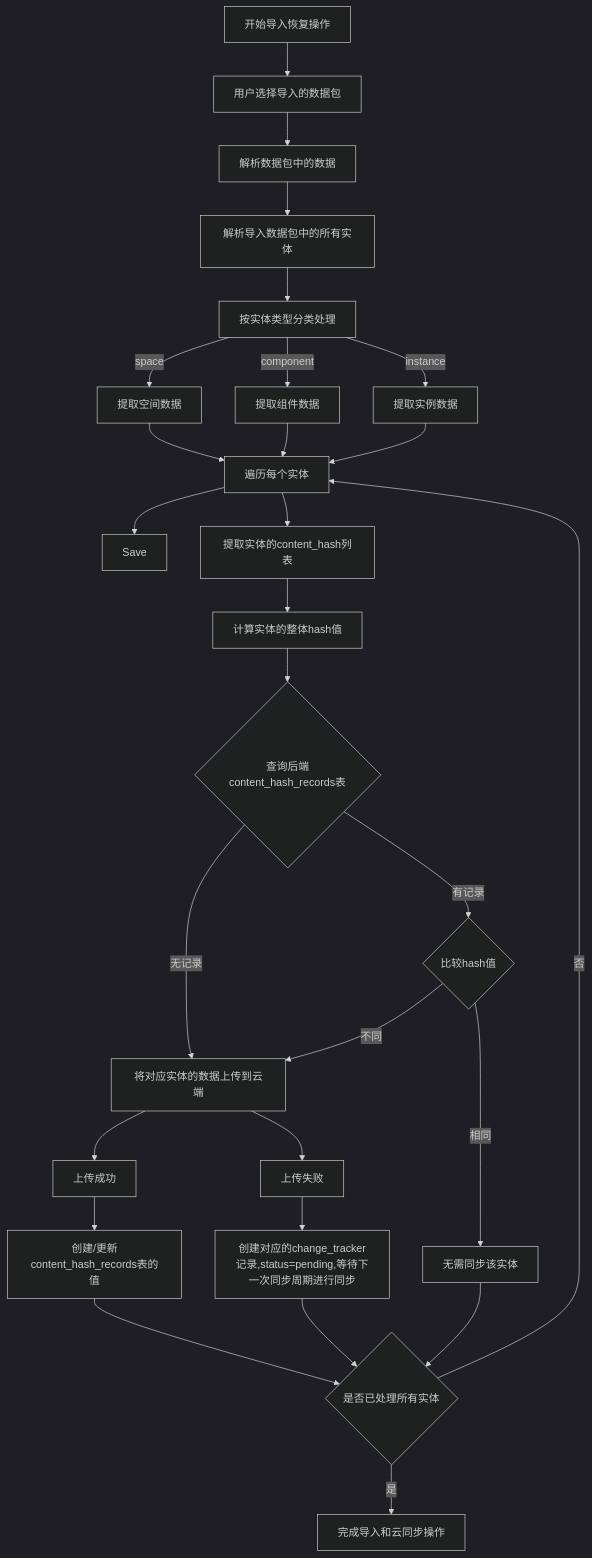
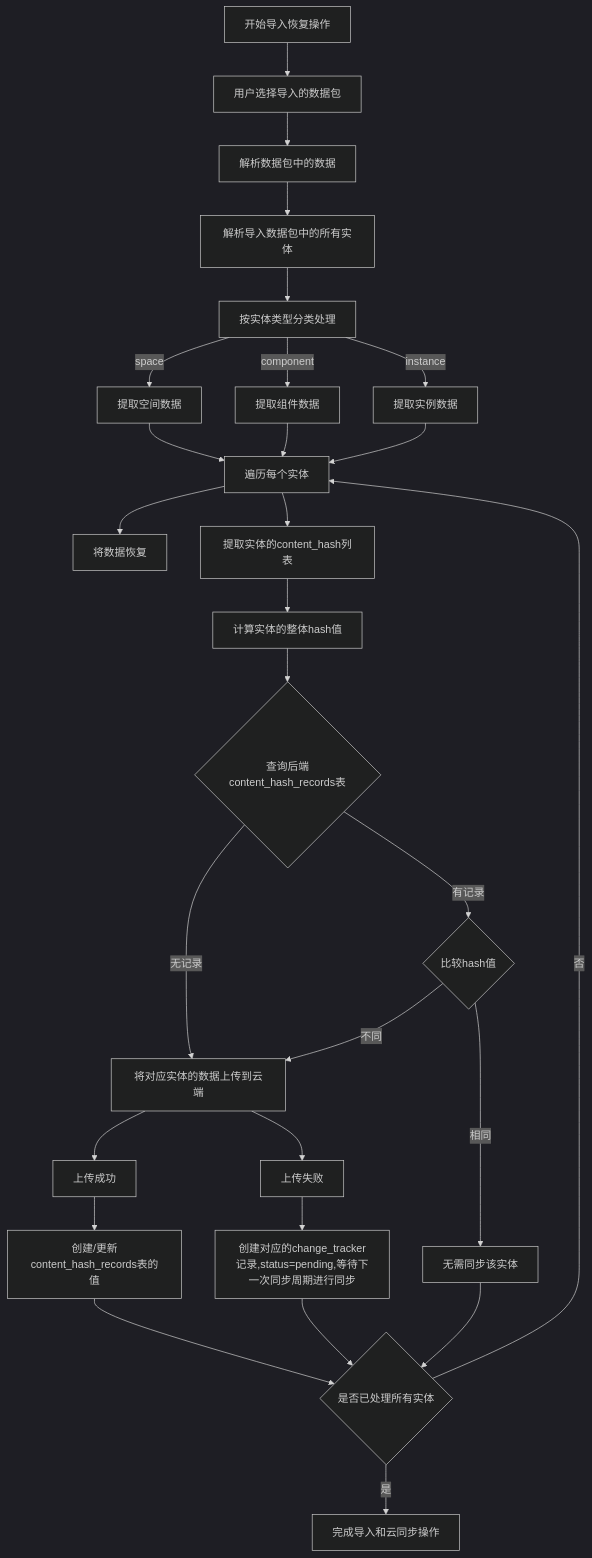
The diagram in all/未命名-45.md (yingjianzh/iodraw-files), drawn with Mermaid (dark theme) before and after one commit.

Commit message:
2025-04-27 18:02:11 update

````diff
--- a/all/未命名-45.md
+++ b/all/未命名-45.md
@@ -1,44 +1,44 @@
 ```mermaid
 
 flowchart TD
     A[开始导入恢复操作] --> B[用户选择导入的数据包]
     B --> C[解析数据包中的数据]
     
     C --> D[解析导入数据包中的所有实体]
     D --> G[按实体类型分类处理]
     
     G -->|space| H1[提取空间数据]
     G -->|component| H2[提取组件数据]
     G -->|instance| H3[提取实例数据]
     
     H1 --> I[遍历每个实体]
     H2 --> I
     H3 --> I
     
-    I --> Save
+    I --> Save[将数据恢复]
     I --> J[提取实体的content_hash列表]
     J --> K[计算实体的整体hash值]
     
     K --> L{查询后端content_hash_records表}
     L -->|无记录| M1[将对应实体的数据上传到云端]
     M1 --> N1[上传成功]
     M1 --> N2[上传失败]
     
     N2 --> N3[创建对应的change_tracker记录,status=pending,等待下一次同步周期进行同步]
     N3 --> S
     N1 --> M4[创建/更新content_hash_records表的值]
 
 
     L -->|有记录| M2{比较hash值}
     M2 -->|不同| M1
 
     M2 -->|相同| M3[无需同步该实体]
     
     
     M3 --> S{是否已处理所有实体}
     M4 --> S{是否已处理所有实体}
     
     S -->|否| I
     S -->|是| T[完成导入和云同步操作]
 
 ```
````
